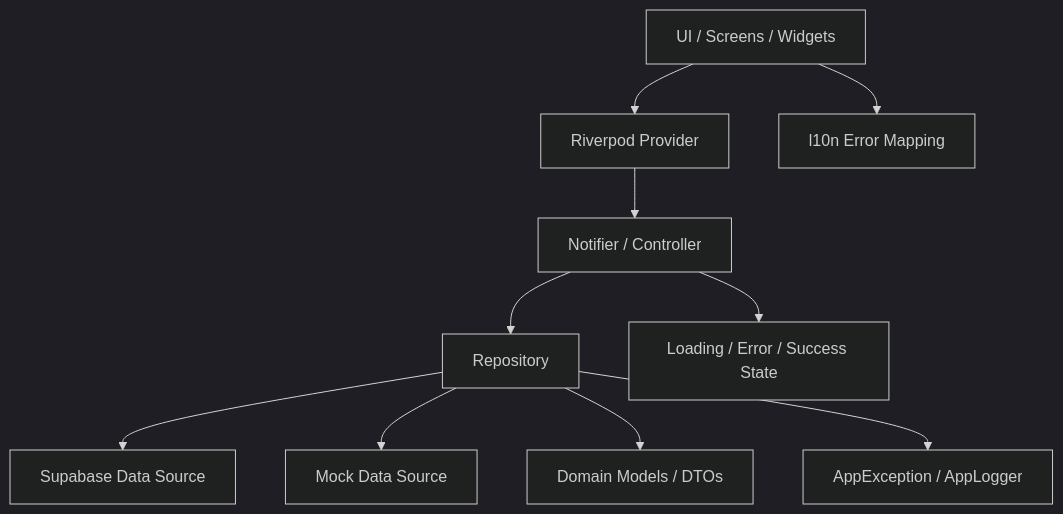
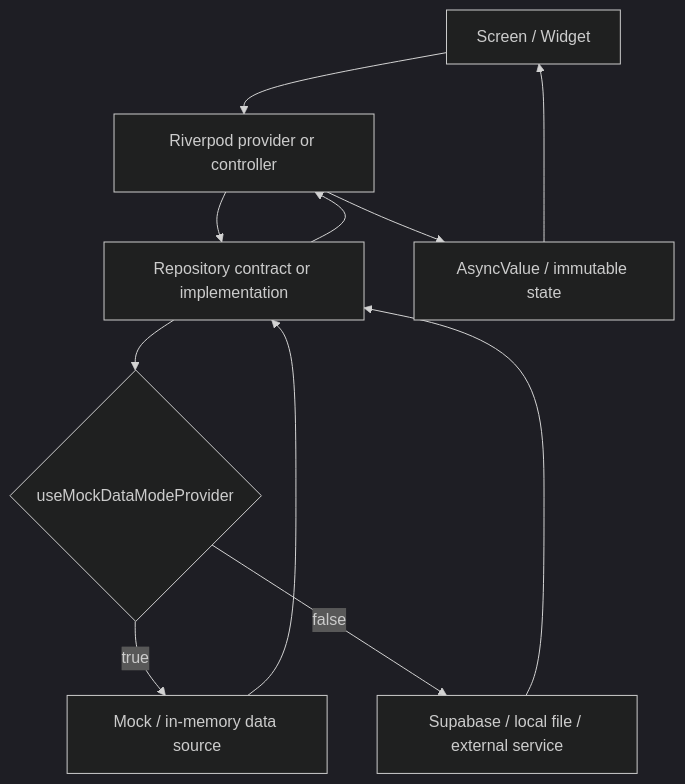
One commit to GrootTheDeveloper/moniary changed the diagram in docs/agent-context/03-architecture.md. Above: the diagram before and after it, drawn with Mermaid (dark theme). The commit also changed other lines of this file and 44 other files, not shown here.

````diff
--- a/docs/agent-context/03-architecture.md
+++ b/docs/agent-context/03-architecture.md
@@ -14,12 +23,13 @@
 ```mermaid
 flowchart TD
-  UI[UI / Screens / Widgets] --> Provider[Riverpod Provider]
-  Provider --> Controller[Notifier / Controller]
-  Controller --> Repository[Repository]
-  Repository --> Supabase[Supabase Data Source]
-  Repository --> Mock[Mock Data Source]
-  Repository --> Models[Domain Models / DTOs]
-  Repository --> Exception[AppException / AppLogger]
-  Controller --> UIState[Loading / Error / Success State]
-  UI --> L10n[l10n Error Mapping]
+  UI[Screen / Widget] --> P[Riverpod provider or controller]
+  P --> R[Repository contract or implementation]
+  R --> M{useMockDataModeProvider}
+  M -->|true| Mock[Mock / in-memory data source]
+  M -->|false| Data[Supabase / local file / external service]
+  Data --> R
+  Mock --> R
+  R --> P
+  P --> State[AsyncValue / immutable state]
+  State --> UI
 ```
````
